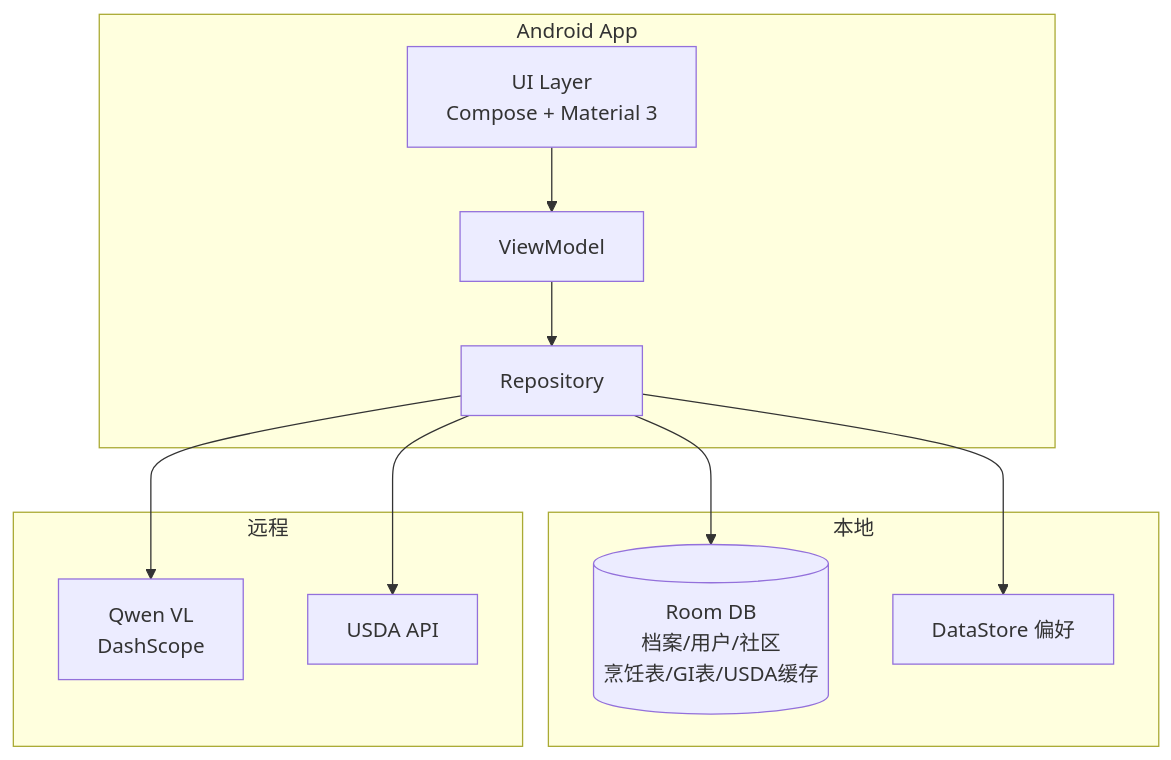
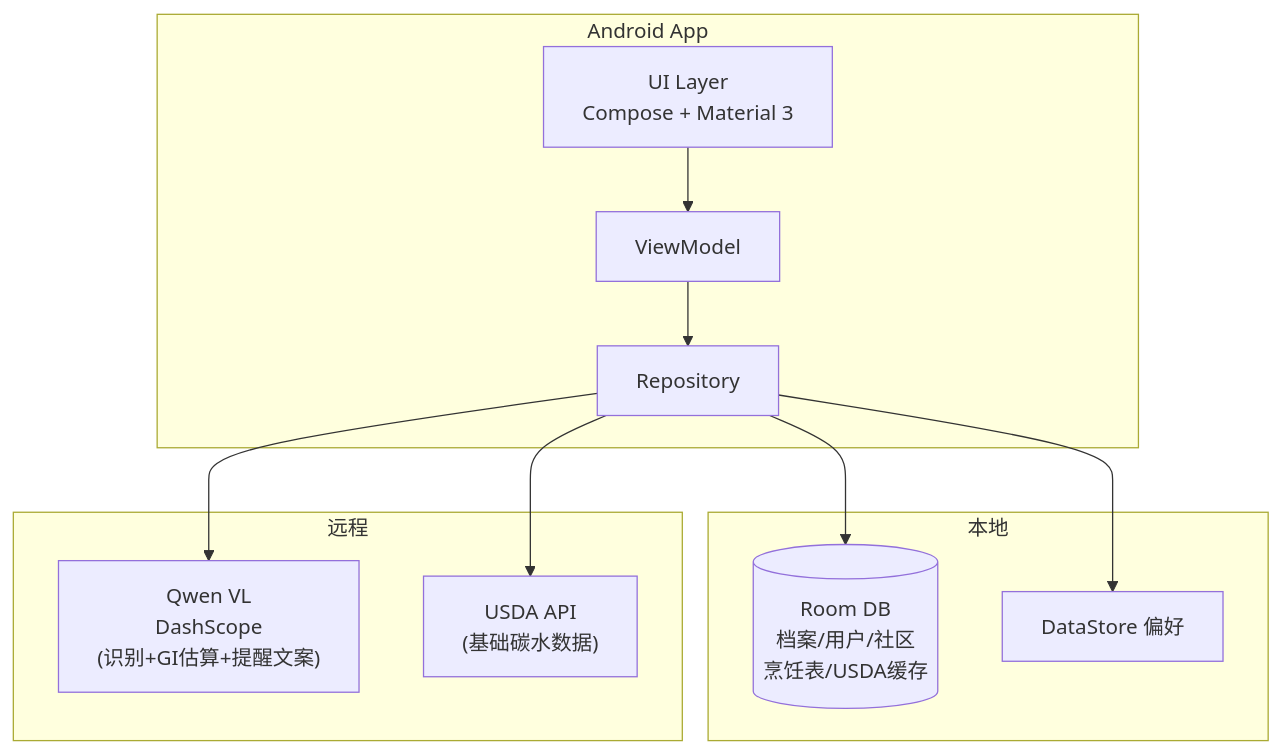
One commit to Gyunxhian/GI-Checker changed the second of 2 diagrams in Vibe_Coding/implementation_plan.md. Above: the diagram before and after it, drawn with Mermaid. The commit also changed other lines of this file, not shown here.

````diff
--- a/Vibe_Coding/implementation_plan.md
+++ b/Vibe_Coding/implementation_plan.md
@@ -324,16 +441,16 @@
 ```mermaid
 graph TB
     subgraph App ["Android App"]
         UI["UI Layer\nCompose + Material 3"] --> VM["ViewModel"]
         VM --> REPO["Repository"]
     end
     subgraph Local ["本地"]
-        ROOM[("Room DB\n档案/用户/社区\n烹饪表/GI表/USDA缓存")]
+        ROOM[("Room DB\n档案/用户/社区\n烹饪表/USDA缓存")]
         DS["DataStore 偏好"]
     end
     subgraph Remote ["远程"]
-        QWEN["Qwen VL\nDashScope"]
-        USDA["USDA API"]
+        QWEN["Qwen VL\nDashScope\n(识别+GI估算+提醒文案)"]
+        USDA["USDA API\n(基础碳水数据)"]
     end
     REPO --> ROOM & DS & QWEN & USDA
 ```
````
